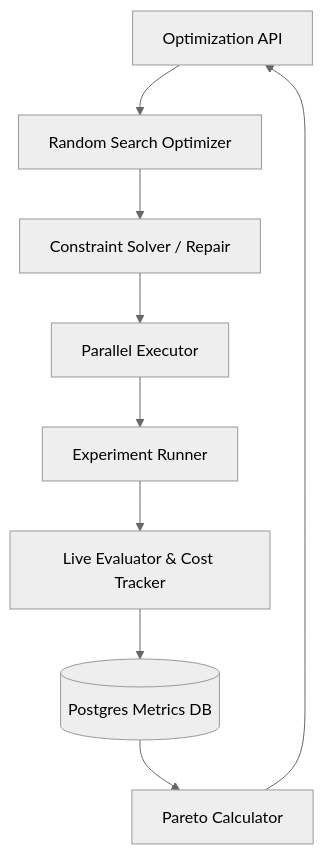
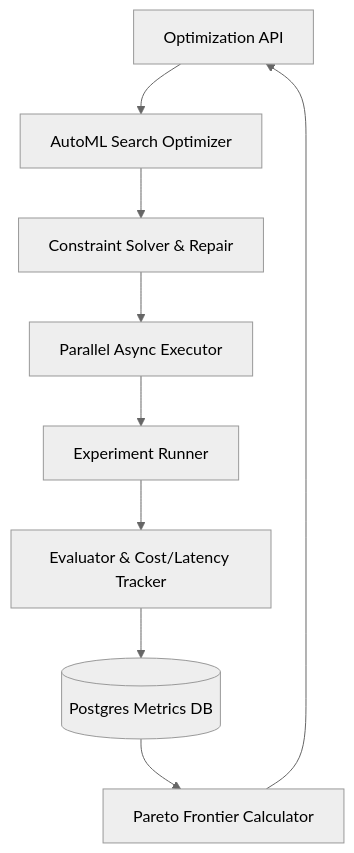
One commit to VanshikaLud04/Rag-bench changed the diagram in README.md. Above: the diagram before and after it, drawn with Mermaid (neutral theme). The commit also changed other lines of this file and 3 other files, not shown here.

Commit message:
feat(benchmark): add empirical benchmark comparing default, random search, and RAGOS-optimized pipelines with Pareto frontier

````diff
--- a/README.md
+++ b/README.md
@@ -44,11 +91,11 @@
 ```mermaid
 flowchart TD
-    API[Optimization API] --> Optimizer[Random Search Optimizer]
-    Optimizer --> Constraints[Constraint Solver / Repair]
-    Constraints --> Executor[Parallel Executor]
+    API[Optimization API] --> Optimizer[AutoML Search Optimizer]
+    Optimizer --> Constraints[Constraint Solver & Repair]
+    Constraints --> Executor[Parallel Async Executor]
     Executor --> Runner[Experiment Runner]
-    Runner --> Eval[Live Evaluator & Cost Tracker]
+    Runner --> Eval[Evaluator & Cost/Latency Tracker]
     Eval --> DB[(Postgres Metrics DB)]
-    DB --> Pareto[Pareto Calculator]
+    DB --> Pareto[Pareto Frontier Calculator]
     Pareto --> API
 ```
````
